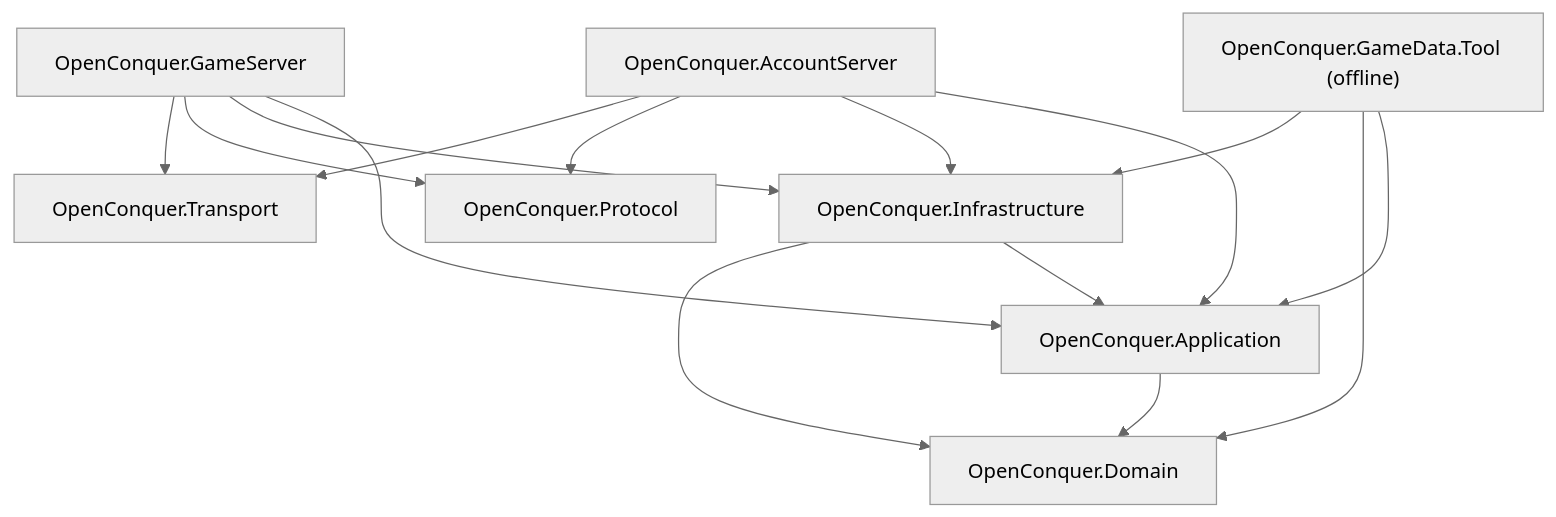
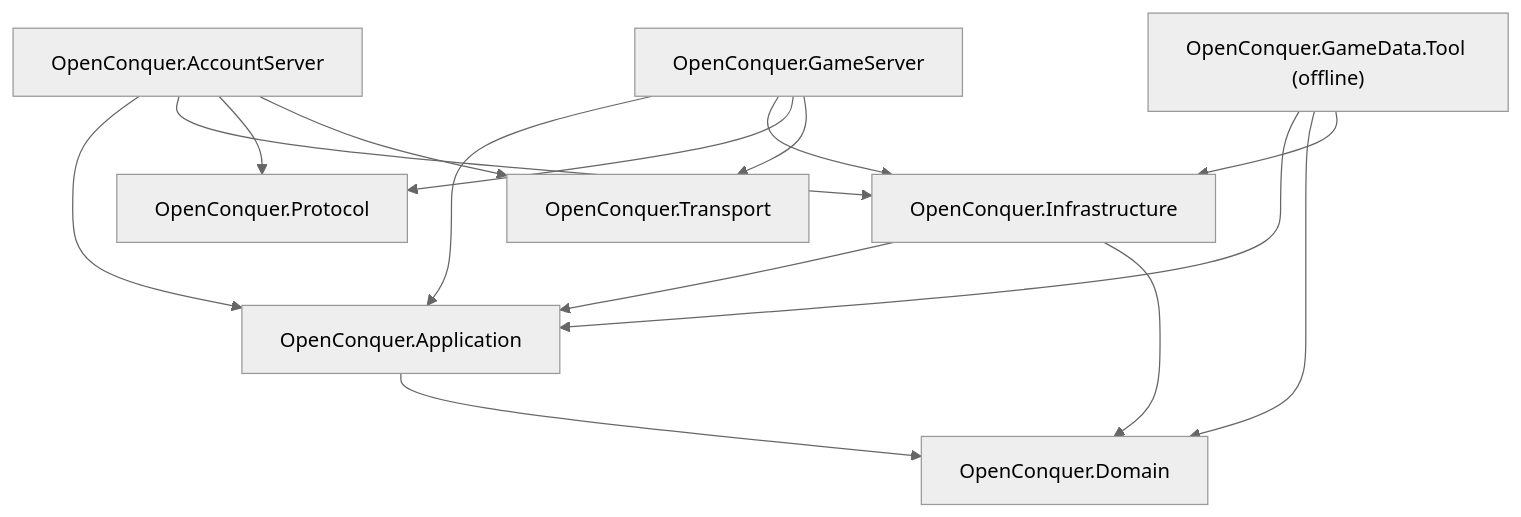
One commit to berniemackie97/OpenConquerServer changed the diagram in docs/architecture/README.md. Above: the diagram before and after it, drawn with Mermaid (neutral theme). The commit also changed other lines of this file and 577 other files, not shown here.

````diff
--- a/docs/architecture/README.md
+++ b/docs/architecture/README.md
@@ -8,31 +8,17 @@
 ```mermaid
 flowchart TD
+    AccountServer["OpenConquer.AccountServer"]
+    GameServer["OpenConquer.GameServer"]
+    Tool["OpenConquer.GameData.Tool (offline)"]
+    Application["OpenConquer.Application"]
     Domain["OpenConquer.Domain"]
-    Application["OpenConquer.Application"]
     Infrastructure["OpenConquer.Infrastructure"]
-
     Protocol["OpenConquer.Protocol"]
     Transport["OpenConquer.Transport"]
-    GameDataTool["OpenConquer.GameData.Tool (offline)"]
 
-    AccountServer["OpenConquer.AccountServer"]
-    GameServer["OpenConquer.GameServer"]
-
+    AccountServer --> Application & Infrastructure & Protocol & Transport
+    GameServer --> Application & Infrastructure & Protocol & Transport
+    Tool --> Application & Domain & Infrastructure
+    Infrastructure --> Application & Domain
     Application --> Domain
-
-    Infrastructure --> Application
-    Infrastructure --> Domain
-    GameDataTool --> Application
-    GameDataTool --> Domain
-    GameDataTool --> Infrastructure
-
-    AccountServer --> Application
-    AccountServer --> Infrastructure
-    AccountServer --> Protocol
-    AccountServer --> Transport
-
-    GameServer --> Application
-    GameServer --> Infrastructure
-    GameServer --> Protocol
-    GameServer --> Transport
 ```
````
